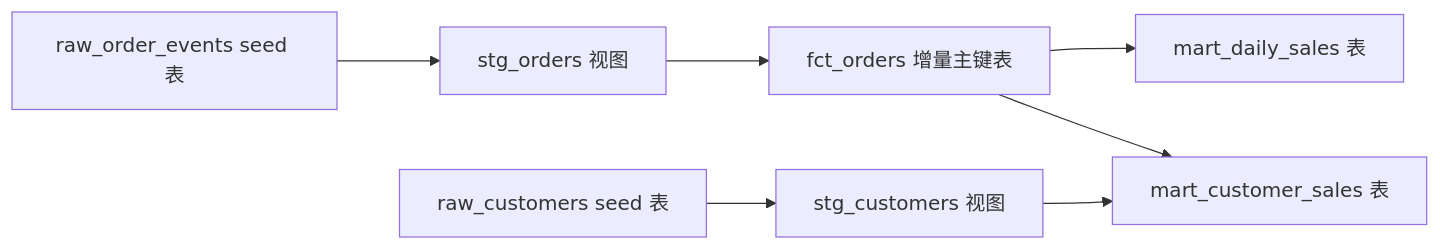
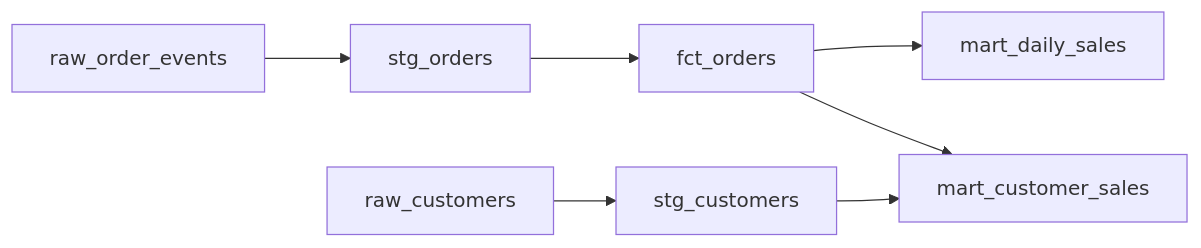
Before and after one commit to 823338779/data-agent-v2: the diagram in examples/dbt-starrocks/README.md, drawn with Mermaid. The commit also changed other lines of this file and 2 other files, not shown here.

````diff
--- a/examples/dbt-starrocks/README.md
+++ b/examples/dbt-starrocks/README.md
@@ -62,9 +131,9 @@
 ```mermaid
 graph LR
-    C[raw_customers seed 表] --> SC[stg_customers 视图]
-    E[raw_order_events seed 表] --> SO[stg_orders 视图]
-    SO --> F[fct_orders 增量主键表]
-    F --> D[mart_daily_sales 表]
-    F --> M[mart_customer_sales 表]
+    C[raw_customers] --> SC[stg_customers]
+    E[raw_order_events] --> SO[stg_orders]
+    SO --> F[fct_orders]
+    F --> D[mart_daily_sales]
+    F --> M[mart_customer_sales]
     SC --> M
 ```
````
